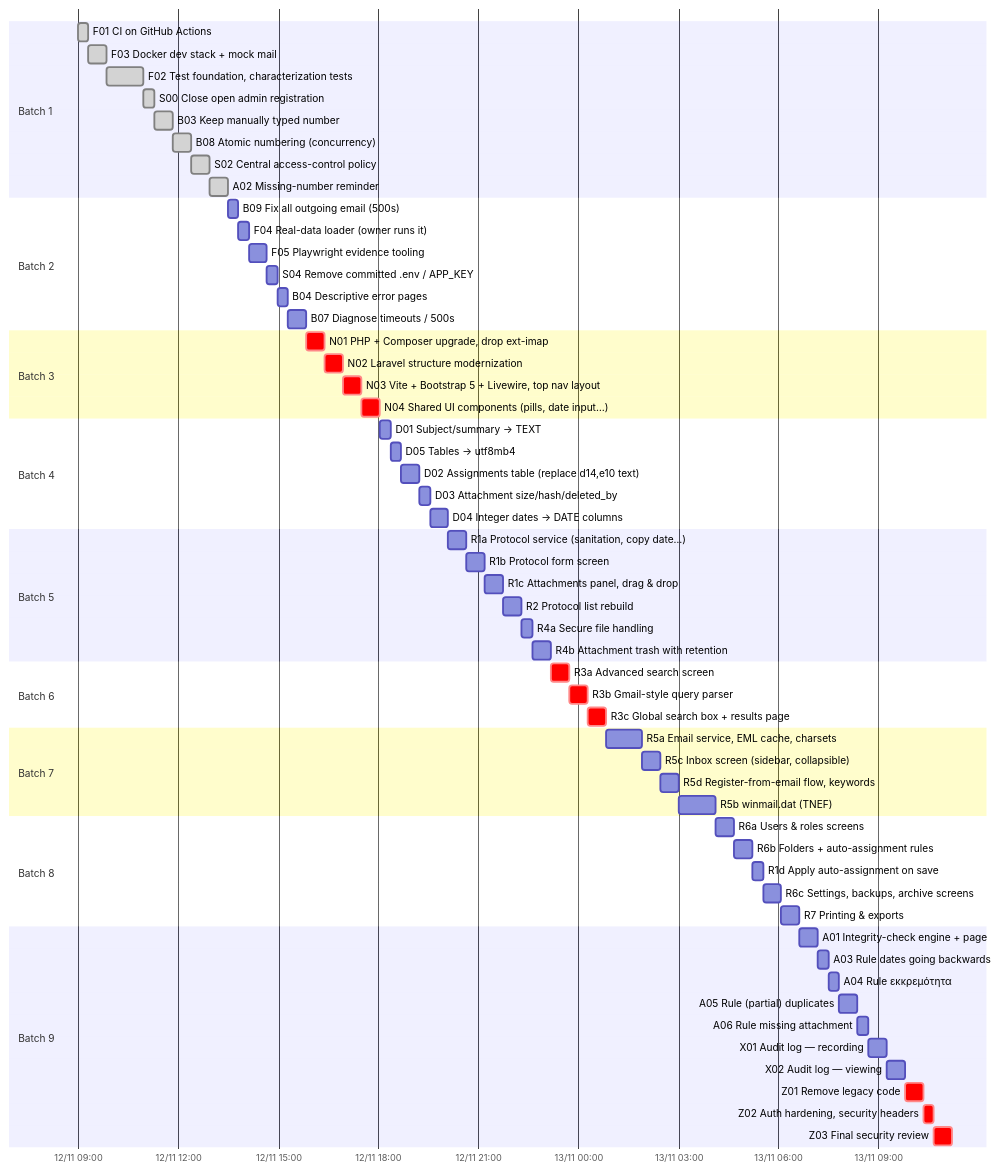
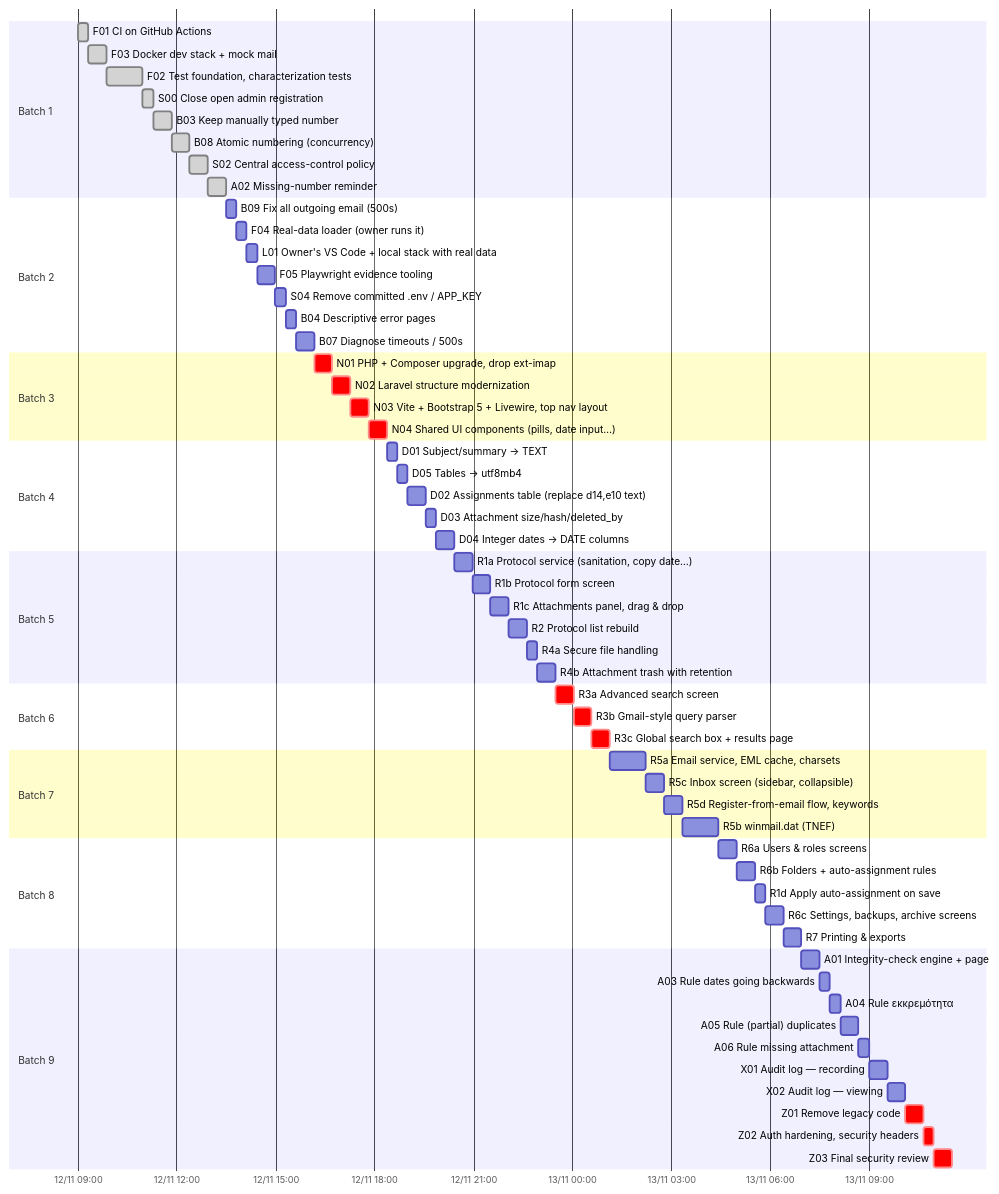
The second of 2 diagrams in docs/plan/PROGRESS.md (dipelaserasmus-del/electronic_protocol), drawn with Mermaid before and after one commit. The commit also changed other lines of this file and 3 other files, not shown here.

First line of the commit message:
Pin L01 (owner's VS Code + local real-data set-up) after F04; record KB decision

````diff
--- a/docs/plan/PROGRESS.md
+++ b/docs/plan/PROGRESS.md
@@ -192,66 +194,67 @@
 ```mermaid
 gantt
   dateFormat YYYY-MM-DD HH:mm
   axisFormat %d/%m %H:%M
   todayMarker off
   section Batch 1
   F01 CI on GitHub Actions :done, f01, 2026-11-12 09:00, 19m
   F03 Docker dev stack + mock mail :done, f03, 2026-11-12 09:19, 33m
   F02 Test foundation, characterization tests :done, f02, 2026-11-12 09:52, 66m
   S00 Close open admin registration :done, s00, 2026-11-12 10:58, 19m
   B03 Keep manually typed number :done, b03, 2026-11-12 11:17, 33m
   B08 Atomic numbering (concurrency) :done, b08, 2026-11-12 11:50, 33m
   S02 Central access-control policy :done, s02, 2026-11-12 12:23, 33m
   A02 Missing-number reminder :done, a02, 2026-11-12 12:56, 33m
   section Batch 2
   B09 Fix all outgoing email (500s) :b09, 2026-11-12 13:29, 19m
   F04 Real-data loader (owner runs it) :f04, 2026-11-12 13:48, 19m
-  F05 Playwright evidence tooling :f05, 2026-11-12 14:07, 33m
-  S04 Remove committed .env / APP_KEY :s04, 2026-11-12 14:40, 19m
-  B04 Descriptive error pages :b04, 2026-11-12 14:59, 19m
-  B07 Diagnose timeouts / 500s :b07, 2026-11-12 15:18, 33m
+  L01 Owner's VS Code + local stack with real data :l01, 2026-11-12 14:07, 19m
+  F05 Playwright evidence tooling :f05, 2026-11-12 14:26, 33m
+  S04 Remove committed .env / APP_KEY :s04, 2026-11-12 14:59, 19m
+  B04 Descriptive error pages :b04, 2026-11-12 15:18, 19m
+  B07 Diagnose timeouts / 500s :b07, 2026-11-12 15:37, 33m
   section Batch 3
-  N01 PHP + Composer upgrade, drop ext-imap :crit, n01, 2026-11-12 15:51, 33m
-  N02 Laravel structure modernization :crit, n02, 2026-11-12 16:24, 33m
-  N03 Vite + Bootstrap 5 + Livewire, top nav layout :crit, n03, 2026-11-12 16:57, 33m
-  N04 Shared UI components (pills, date input…) :crit, n04, 2026-11-12 17:30, 33m
+  N01 PHP + Composer upgrade, drop ext-imap :crit, n01, 2026-11-12 16:10, 33m
+  N02 Laravel structure modernization :crit, n02, 2026-11-12 16:43, 33m
+  N03 Vite + Bootstrap 5 + Livewire, top nav layout :crit, n03, 2026-11-12 17:16, 33m
+  N04 Shared UI components (pills, date input…) :crit, n04, 2026-11-12 17:49, 33m
   section Batch 4
-  D01 Subject/summary → TEXT :d01, 2026-11-12 18:03, 19m
-  D05 Tables → utf8mb4 :d05, 2026-11-12 18:22, 19m
-  D02 Assignments table (replace d14,e10 text) :d02, 2026-11-12 18:41, 33m
-  D03 Attachment size/hash/deleted_by :d03, 2026-11-12 19:14, 19m
-  D04 Integer dates → DATE columns :d04, 2026-11-12 19:33, 33m
+  D01 Subject/summary → TEXT :d01, 2026-11-12 18:22, 19m
+  D05 Tables → utf8mb4 :d05, 2026-11-12 18:41, 19m
+  D02 Assignments table (replace d14,e10 text) :d02, 2026-11-12 19:00, 33m
+  D03 Attachment size/hash/deleted_by :d03, 2026-11-12 19:33, 19m
+  D04 Integer dates → DATE columns :d04, 2026-11-12 19:52, 33m
   section Batch 5
-  R1a Protocol service (sanitation, copy date…) :r1a, 2026-11-12 20:06, 33m
-  R1b Protocol form screen :r1b, 2026-11-12 20:39, 33m
-  R1c Attachments panel, drag & drop :r1c, 2026-11-12 21:12, 33m
-  R2 Protocol list rebuild :r2, 2026-11-12 21:45, 33m
-  R4a Secure file handling :r4a, 2026-11-12 22:18, 19m
-  R4b Attachment trash with retention :r4b, 2026-11-12 22:37, 33m
+  R1a Protocol service (sanitation, copy date…) :r1a, 2026-11-12 20:25, 33m
+  R1b Protocol form screen :r1b, 2026-11-12 20:58, 33m
+  R1c Attachments panel, drag & drop :r1c, 2026-11-12 21:31, 33m
+  R2 Protocol list rebuild :r2, 2026-11-12 22:04, 33m
+  R4a Secure file handling :r4a, 2026-11-12 22:37, 19m
+  R4b Attachment trash with retention :r4b, 2026-11-12 22:56, 33m
   section Batch 6
-  R3a Advanced search screen :crit, r3a, 2026-11-12 23:10, 33m
-  R3b Gmail-style query parser :crit, r3b, 2026-11-12 23:43, 33m
-  R3c Global search box + results page :crit, r3c, 2026-11-13 00:16, 33m
+  R3a Advanced search screen :crit, r3a, 2026-11-12 23:29, 33m
+  R3b Gmail-style query parser :crit, r3b, 2026-11-13 00:02, 33m
+  R3c Global search box + results page :crit, r3c, 2026-11-13 00:35, 33m
   section Batch 7
-  R5a Email service, EML cache, charsets :r5a, 2026-11-13 00:49, 66m
-  R5c Inbox screen (sidebar, collapsible) :r5c, 2026-11-13 01:55, 33m
-  R5d Register-from-email flow, keywords :r5d, 2026-11-13 02:28, 33m
-  R5b winmail.dat (TNEF) :r5b, 2026-11-13 03:01, 66m
+  R5a Email service, EML cache, charsets :r5a, 2026-11-13 01:08, 66m
+  R5c Inbox screen (sidebar, collapsible) :r5c, 2026-11-13 02:14, 33m
+  R5d Register-from-email flow, keywords :r5d, 2026-11-13 02:47, 33m
+  R5b winmail.dat (TNEF) :r5b, 2026-11-13 03:20, 66m
   section Batch 8
-  R6a Users & roles screens :r6a, 2026-11-13 04:07, 33m
-  R6b Folders + auto-assignment rules :r6b, 2026-11-13 04:40, 33m
-  R1d Apply auto-assignment on save :r1d, 2026-11-13 05:13, 19m
-  R6c Settings, backups, archive screens :r6c, 2026-11-13 05:32, 33m
-  R7 Printing & exports :r7, 2026-11-13 06:05, 33m
+  R6a Users & roles screens :r6a, 2026-11-13 04:26, 33m
+  R6b Folders + auto-assignment rules :r6b, 2026-11-13 04:59, 33m
+  R1d Apply auto-assignment on save :r1d, 2026-11-13 05:32, 19m
+  R6c Settings, backups, archive screens :r6c, 2026-11-13 05:51, 33m
+  R7 Printing & exports :r7, 2026-11-13 06:24, 33m
   section Batch 9
-  A01 Integrity-check engine + page :a01, 2026-11-13 06:38, 33m
-  A03 Rule  dates going backwards :a03, 2026-11-13 07:11, 19m
-  A04 Rule  εκκρεμότητα :a04, 2026-11-13 07:30, 19m
-  A05 Rule  (partial) duplicates :a05, 2026-11-13 07:49, 33m
-  A06 Rule  missing attachment :a06, 2026-11-13 08:22, 19m
-  X01 Audit log — recording :x01, 2026-11-13 08:41, 33m
-  X02 Audit log — viewing :x02, 2026-11-13 09:14, 33m
-  Z01 Remove legacy code :crit, z01, 2026-11-13 09:47, 33m
-  Z02 Auth hardening, security headers :crit, z02, 2026-11-13 10:20, 19m
-  Z03 Final security review :crit, z03, 2026-11-13 10:39, 33m
+  A01 Integrity-check engine + page :a01, 2026-11-13 06:57, 33m
+  A03 Rule  dates going backwards :a03, 2026-11-13 07:30, 19m
+  A04 Rule  εκκρεμότητα :a04, 2026-11-13 07:49, 19m
+  A05 Rule  (partial) duplicates :a05, 2026-11-13 08:08, 33m
+  A06 Rule  missing attachment :a06, 2026-11-13 08:41, 19m
+  X01 Audit log — recording :x01, 2026-11-13 09:00, 33m
+  X02 Audit log — viewing :x02, 2026-11-13 09:33, 33m
+  Z01 Remove legacy code :crit, z01, 2026-11-13 10:06, 33m
+  Z02 Auth hardening, security headers :crit, z02, 2026-11-13 10:39, 19m
+  Z03 Final security review :crit, z03, 2026-11-13 10:58, 33m
 ```
````
